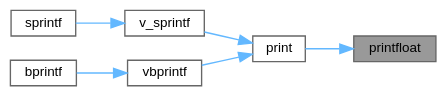
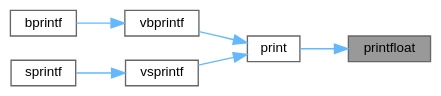
The diagram in printf_8c_a2c37f08c54b3dc54d13030c62cba67a7_icgraph.dot (ebs-universe/piolib-printf), drawn with Graphviz before and after one commit. The commit also changed 131 other files, not shown here.

```diff
--- a/printf_8c_a2c37f08c54b3dc54d13030c62cba67a7_icgraph.dot
+++ b/printf_8c_a2c37f08c54b3dc54d13030c62cba67a7_icgraph.dot
@@ -1,20 +1,20 @@
 digraph "printfloat"
 {
  // INTERACTIVE_SVG=YES
  // LATEX_PDF_SIZE
   bgcolor="transparent";
   edge [fontname=Helvetica,fontsize=10,labelfontname=Helvetica,labelfontsize=10];
   node [fontname=Helvetica,fontsize=10,shape=box,height=0.2,width=0.4];
   rankdir="RL";
   Node1 [id="Node000001",label="printfloat",height=0.2,width=0.4,color="gray40", fillcolor="grey60", style="filled", fontcolor="black",tooltip=" "];
   Node1 -> Node2 [id="edge1_Node000001_Node000002",dir="back",color="steelblue1",style="solid",tooltip=" "];
   Node2 [id="Node000002",label="print",height=0.2,width=0.4,color="grey40", fillcolor="white", style="filled",URL="$printf_8c.html#a5b328a8f32f082a641944307c97f9a34",tooltip=" "];
   Node2 -> Node3 [id="edge2_Node000002_Node000003",dir="back",color="steelblue1",style="solid",tooltip=" "];
-  Node3 [id="Node000003",label="v_sprintf",height=0.2,width=0.4,color="grey40", fillcolor="white", style="filled",URL="$printf_8h.html#a89206cd7a5ee84d4340e223078709043",tooltip=" "];
+  Node3 [id="Node000003",label="vbprintf",height=0.2,width=0.4,color="grey40", fillcolor="white", style="filled",URL="$printf_8h.html#a65fa2c2b1fdeb49ee1d35b47be733d17",tooltip=" "];
   Node3 -> Node4 [id="edge3_Node000003_Node000004",dir="back",color="steelblue1",style="solid",tooltip=" "];
-  Node4 [id="Node000004",label="sprintf",height=0.2,width=0.4,color="grey40", fillcolor="white", style="filled",URL="$printf_8h.html#a014f72d1eb635d44f4547d6153c9afd1",tooltip=" "];
+  Node4 [id="Node000004",label="bprintf",height=0.2,width=0.4,color="grey40", fillcolor="white", style="filled",URL="$printf_8h.html#a30e09ab10214b5e9b93f4c765f373649",tooltip=" "];
   Node2 -> Node5 [id="edge4_Node000002_Node000005",dir="back",color="steelblue1",style="solid",tooltip=" "];
-  Node5 [id="Node000005",label="vbprintf",height=0.2,width=0.4,color="grey40", fillcolor="white", style="filled",URL="$printf_8h.html#a65fa2c2b1fdeb49ee1d35b47be733d17",tooltip=" "];
+  Node5 [id="Node000005",label="vsprintf",height=0.2,width=0.4,color="grey40", fillcolor="white", style="filled",URL="$printf_8h.html#a984687e0cb1dfa69b33161177d270337",tooltip=" "];
   Node5 -> Node6 [id="edge5_Node000005_Node000006",dir="back",color="steelblue1",style="solid",tooltip=" "];
-  Node6 [id="Node000006",label="bprintf",height=0.2,width=0.4,color="grey40", fillcolor="white", style="filled",URL="$printf_8h.html#a30e09ab10214b5e9b93f4c765f373649",tooltip=" "];
+  Node6 [id="Node000006",label="sprintf",height=0.2,width=0.4,color="grey40", fillcolor="white", style="filled",URL="$printf_8h.html#a014f72d1eb635d44f4547d6153c9afd1",tooltip=" "];
 }
```
